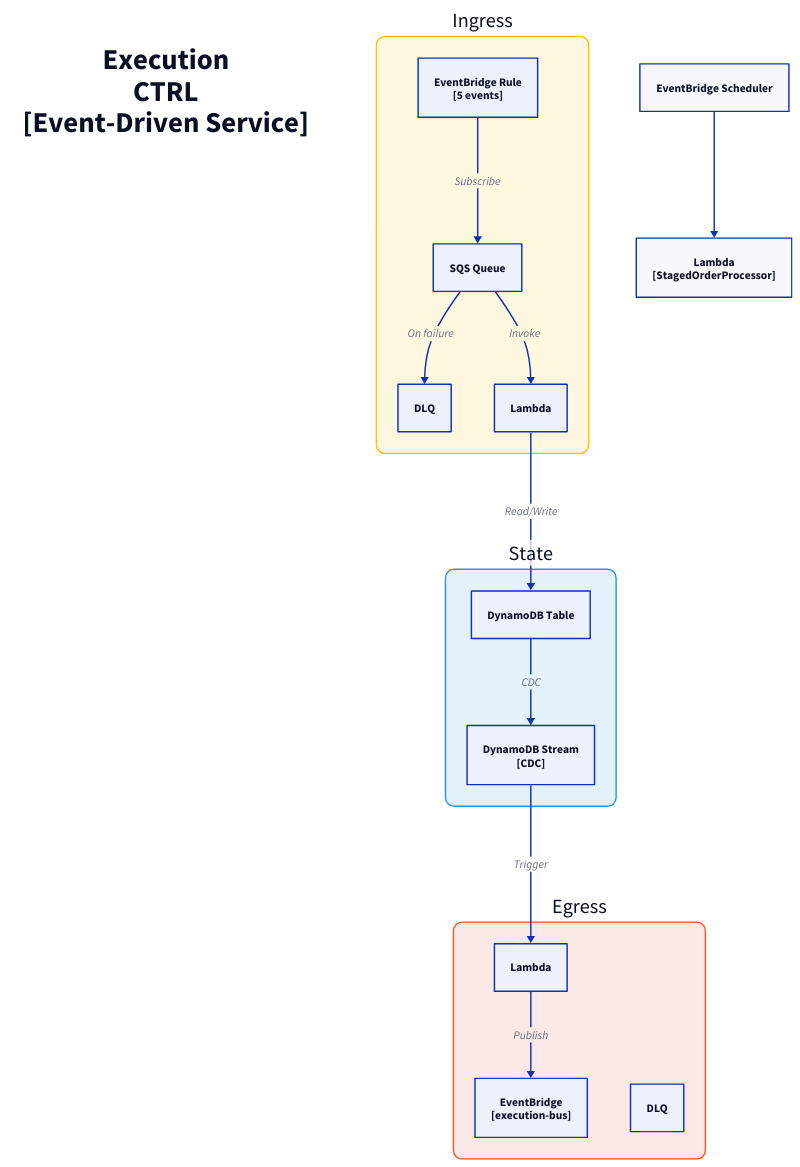
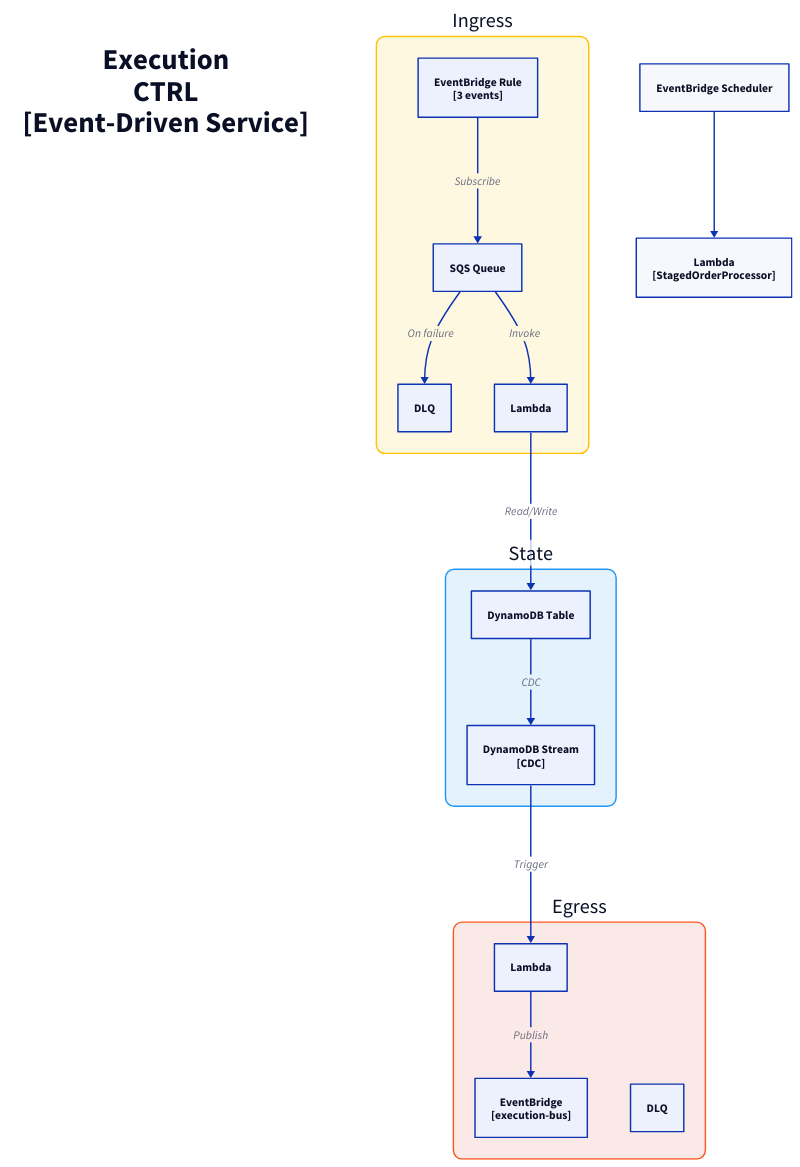
The diagram in docs/architecture/c3/execution-ctrl.d2 (fabio-vitali/nestfolio), drawn with D2 before and after one commit. The commit also changed 17 other files, not shown here.

First line of the commit message:
docs(c4): regenerate diagrams after advisory agent tool refactor

```diff
--- a/docs/architecture/c3/execution-ctrl.d2
+++ b/docs/architecture/c3/execution-ctrl.d2
@@ -1,42 +1,42 @@
 direction: down
 
 title: "Execution\nCTRL\n[Event-Driven Service]" {
   style: { font-size: 40; bold: true; fill: transparent; stroke: transparent }
 }
 
 ingress: "Ingress" {
   style: { fill: "#FFF8E1"; stroke: "#FFC107"; border-radius: 12; font-size: 28 }
-  rule: "EventBridge Rule\n[5 events]" { class: aws-eventbridge }
+  rule: "EventBridge Rule\n[3 events]" { class: aws-eventbridge }
   sqs: "SQS Queue" { class: aws-sqs }
   dlq: "DLQ" { class: aws-dlq }
   handler: "Lambda" { class: aws-lambda }
 
   rule -> sqs: Subscribe
   sqs -> handler: Invoke
   sqs -> dlq: On failure
 }
 
 state: "State" {
   style: { fill: "#E3F2FD"; stroke: "#2196F3"; border-radius: 12; font-size: 28 }
   table: "DynamoDB Table" { class: aws-dynamodb }
   stream: "DynamoDB Stream\n[CDC]" { class: aws-ddb-stream }
   table -> stream: CDC
 }
 
 egress: "Egress" {
   style: { fill: "#FBE9E7"; stroke: "#FF5722"; border-radius: 12; font-size: 28 }
   processor: "Lambda" { class: aws-lambda }
   bus: "EventBridge\n[execution-bus]" { class: aws-eventbridge }
   dlq: "DLQ" { class: aws-dlq }
 
   processor -> bus: Publish
 }
 
 staged-order-processor: "Lambda\n[StagedOrderProcessor]" { class: aws-lambda }
 
 schedule: "EventBridge Scheduler" { class: aws-eventbridge }
 schedule -> staged-order-processor
 
 # Flows
 ingress.handler -> state.table: Read/Write
 state.stream -> egress.processor: Trigger
```
